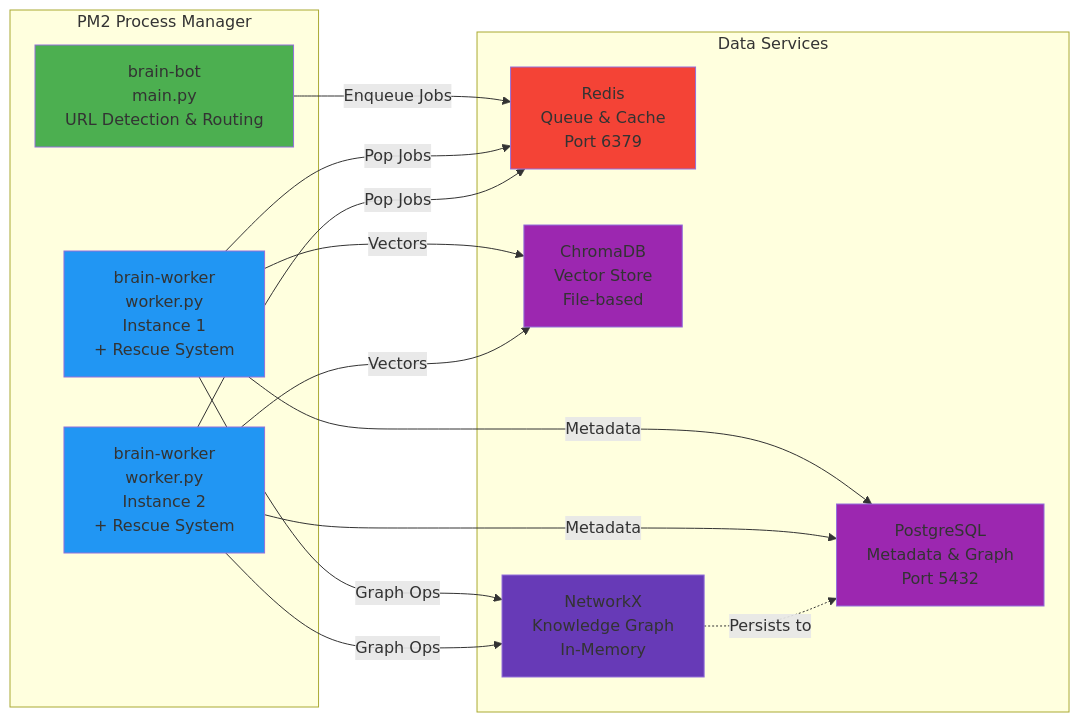
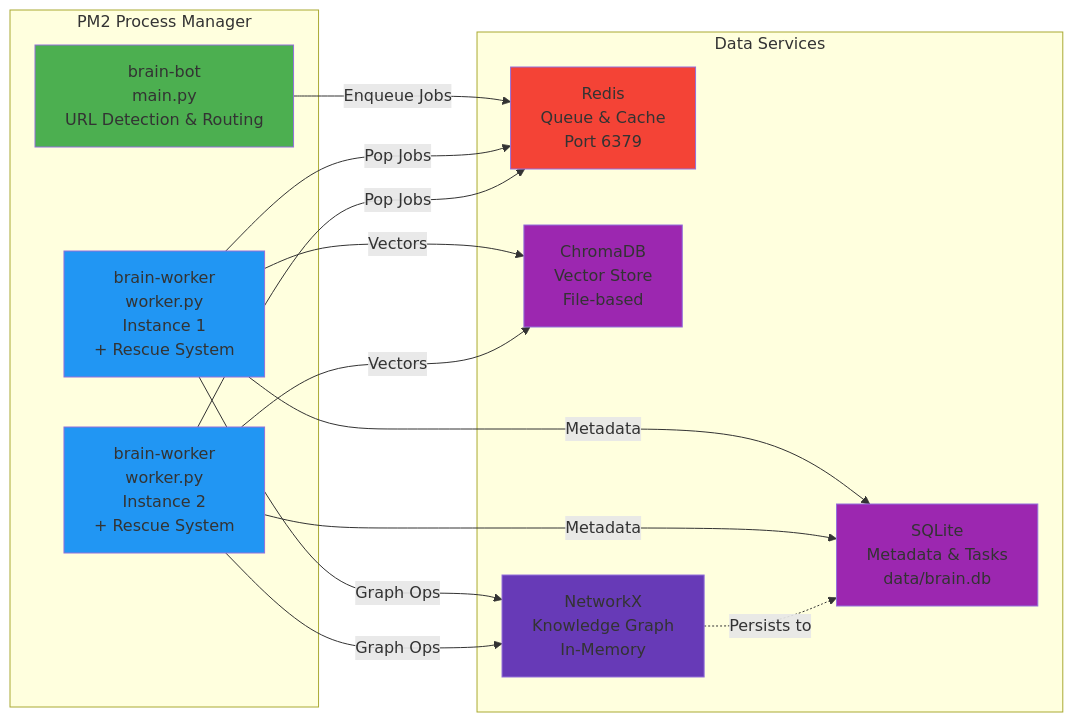
The second of 4 diagrams in README.md (mkierin/assistant-brain-os), drawn with Mermaid before and after one commit. The commit also changed other lines of this file and 2 other files, not shown here.

````diff
--- a/README.md
+++ b/README.md
@@ -175,38 +203,38 @@
 ```mermaid
 graph LR
     subgraph "PM2 Process Manager"
         P1[brain-bot<br/>main.py<br/>URL Detection & Routing]
         P2[brain-worker<br/>worker.py<br/>Instance 1<br/>+ Rescue System]
         P3[brain-worker<br/>worker.py<br/>Instance 2<br/>+ Rescue System]
     end
 
     subgraph "Data Services"
         R[Redis<br/>Queue & Cache<br/>Port 6379]
-        PG[PostgreSQL<br/>Metadata & Graph<br/>Port 5432]
+        SQ[SQLite<br/>Metadata & Tasks<br/>data/brain.db]
         CH[ChromaDB<br/>Vector Store<br/>File-based]
         NX[NetworkX<br/>Knowledge Graph<br/>In-Memory]
     end
 
     P1 -->|Enqueue Jobs| R
     P2 -->|Pop Jobs| R
     P3 -->|Pop Jobs| R
 
     P2 -->|Vectors| CH
     P3 -->|Vectors| CH
 
-    P2 -->|Metadata| PG
-    P3 -->|Metadata| PG
+    P2 -->|Metadata| SQ
+    P3 -->|Metadata| SQ
 
     P2 -->|Graph Ops| NX
     P3 -->|Graph Ops| NX
 
-    NX -.->|Persists to| PG
+    NX -.->|Persists to| SQ
 
     style P1 fill:#4CAF50
     style P2 fill:#2196F3
     style P3 fill:#2196F3
     style R fill:#F44336
-    style PG fill:#9C27B0
+    style SQ fill:#9C27B0
     style CH fill:#9C27B0
     style NX fill:#673AB7
 ```
````
